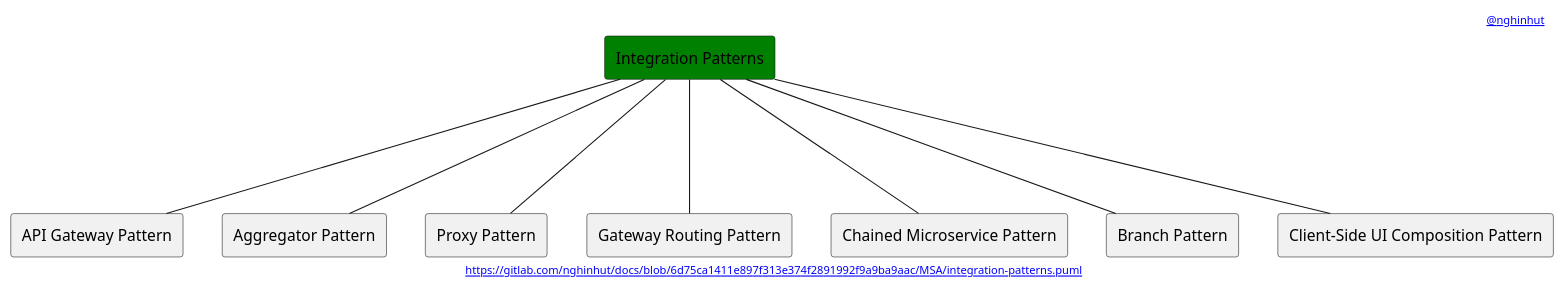
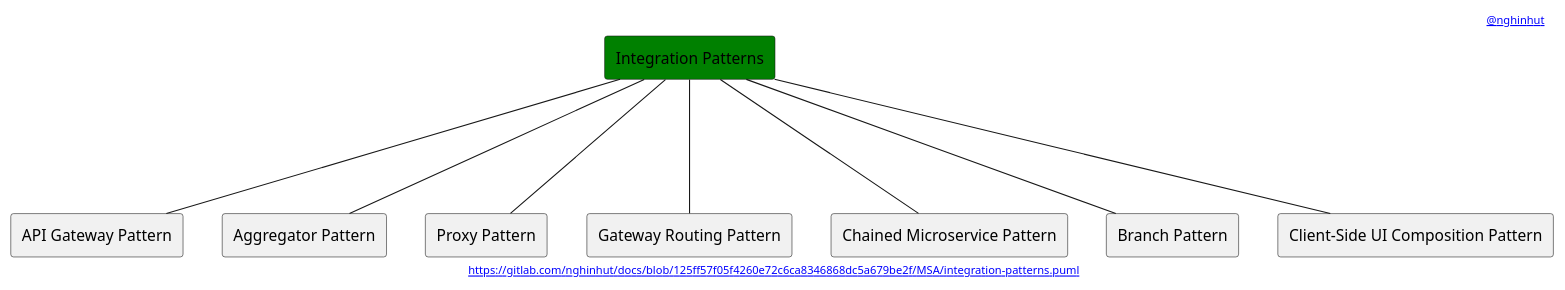
One commit to nghinhut/docs changed the diagram in MSA/integration-patterns.puml. Above: the diagram before and after it, drawn with PlantUML. The commit also changed 22 other files, not shown here.

Commit message:
Update diagrams

```diff
--- a/MSA/integration-patterns.puml
+++ b/MSA/integration-patterns.puml
@@ -1,24 +1,24 @@
 @startuml
 '-----START auto generated metadata please keep comment here to allow auto update-----
 '-----DON'T EDIT THIS SECTION, INSTEAD RE-RUN prebuild.sh TO UPDATE-----
-header [[https://www.nghinhut.dev?from=http%5C%3A%5C%2F%5C%2Fwww%5C.plantuml%5C.com%5C%2Fplantuml%5C%2Fproxy%3Ffmt%3Dsvg%5C%26src%3Dhttps%5C%3A%5C%2F%5C%2Fgitlab%5C.com%5C%2Fnghinhut%5C%2Fdocs%5C%2Fraw%5C%2F6d75ca1411e897f313e374f2891992f9a9ba9aac%5C%2FMSA%5C%2Fintegration-patterns%5C.puml%0A @nghinhut]]
-footer [[http://www.plantuml.com/plantuml/proxy?fmt=svg&src=https://gitlab.com/nghinhut/docs/raw/6d75ca1411e897f313e374f2891992f9a9ba9aac/MSA/integration-patterns.puml https://gitlab.com/nghinhut/docs/blob/6d75ca1411e897f313e374f2891992f9a9ba9aac/MSA/integration-patterns.puml]]
+header [[https://www.nghinhut.dev?from=http%5C%3A%5C%2F%5C%2Fwww%5C.plantuml%5C.com%5C%2Fplantuml%5C%2Fproxy%3Ffmt%3Dsvg%5C%26src%3Dhttps%5C%3A%5C%2F%5C%2Fgitlab%5C.com%5C%2Fnghinhut%5C%2Fdocs%5C%2Fraw%5C%2F125ff57f05f4260e72c6ca8346868dc5a679be2f%5C%2FMSA%5C%2Fintegration-patterns%5C.puml%0A @nghinhut]]
+footer [[http://www.plantuml.com/plantuml/proxy?fmt=svg&src=https://gitlab.com/nghinhut/docs/raw/125ff57f05f4260e72c6ca8346868dc5a679be2f/MSA/integration-patterns.puml https://gitlab.com/nghinhut/docs/blob/125ff57f05f4260e72c6ca8346868dc5a679be2f/MSA/integration-patterns.puml]]
 '-----END auto generated metadata please keep comment here to allow auto update-----
 
 rectangle "Integration Patterns" as Integration #green
 
 rectangle "API Gateway Pattern" as IntegrationP1
 rectangle "Aggregator Pattern" as IntegrationP2
 rectangle "Proxy Pattern" as IntegrationP3
 rectangle "Gateway Routing Pattern" as IntegrationP4
 rectangle "Chained Microservice Pattern" as IntegrationP5
 rectangle "Branch Pattern" as IntegrationP6
 rectangle "Client-Side UI Composition Pattern" as IntegrationP7
 Integration --- IntegrationP1
 Integration --- IntegrationP2
 Integration --- IntegrationP3
 Integration --- IntegrationP4
 Integration --- IntegrationP5
 Integration --- IntegrationP6
 Integration --- IntegrationP7
 @enduml
```
